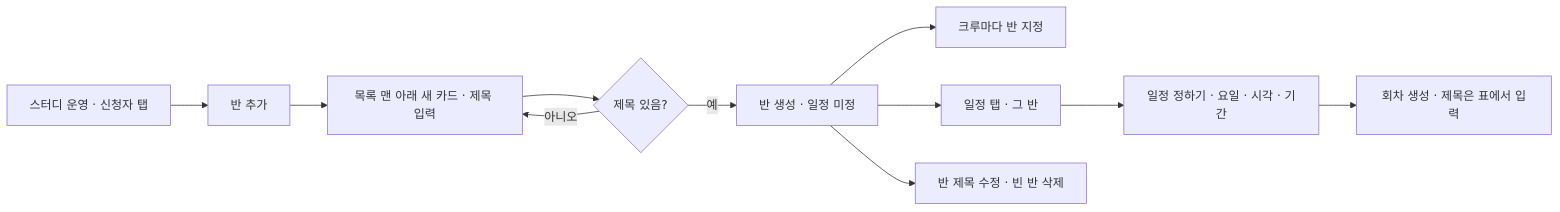
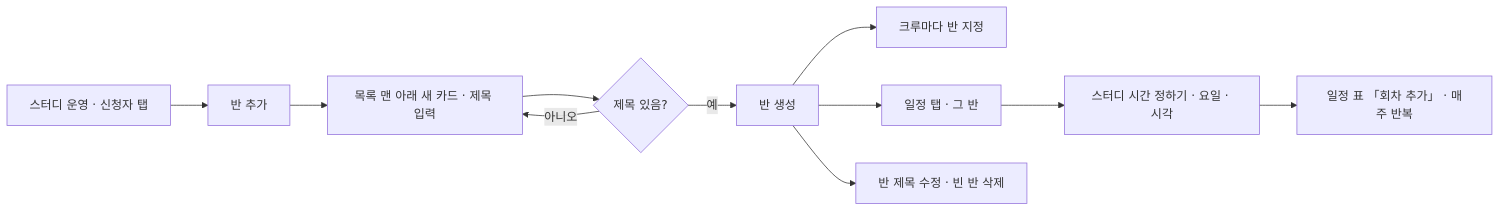
The first of 2 diagrams in 01-planning/stories/captain-assign-classes/PRD.md (StudyClub-PlusPlus/studyclub-engineering), drawn with Mermaid before and after one commit. The commit also changed other lines of this file and 16 other files, not shown here.

````diff
--- a/01-planning/stories/captain-assign-classes/PRD.md
+++ b/01-planning/stories/captain-assign-classes/PRD.md
@@ -9,13 +9,13 @@
 ```mermaid
 flowchart LR
   A["스터디 운영 · 신청자 탭"] --> B["반 추가"]
   B --> C["목록 맨 아래 새 카드 · 제목 입력"]
   C --> D{"제목 있음?"}
   D -->|아니오| C
-  D -->|예| E["반 생성 · 일정 미정"]
+  D -->|예| E["반 생성"]
   E --> F["크루마다 반 지정"]
   E --> G["일정 탭 · 그 반"]
-  G --> H["일정 정하기 · 요일 · 시각 · 기간"]
-  H --> I["회차 생성 · 제목은 표에서 입력"]
+  G --> H["스터디 시간 정하기 · 요일 · 시각"]
+  H --> I["일정 표 「회차 추가」 · 매주 반복"]
   E --> J["반 제목 수정 · 빈 반 삭제"]
 ```
````
